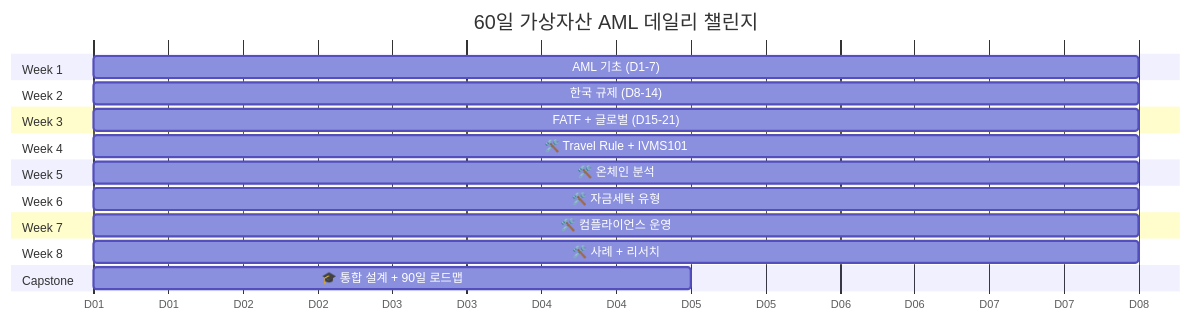
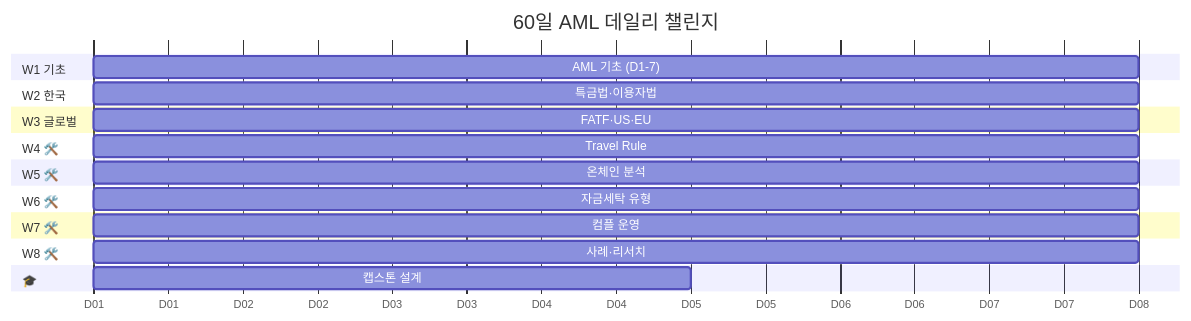
Before and after one commit to lala-david/aml-notes: the second of 2 diagrams in README.md, drawn with Mermaid. The commit also changed other lines of this file, not shown here.

````diff
--- a/README.md
+++ b/README.md
@@ -117,25 +60,25 @@
 ```mermaid
 gantt
-    title 60일 가상자산 AML 데일리 챌린지
+    title 60일 AML 데일리 챌린지
     dateFormat X
     axisFormat D%d
 
-    section Week 1
-    AML 기초 (D1-7)              :w1, 0, 7d
-    section Week 2
-    한국 규제 (D8-14)             :w2, 7, 7d
-    section Week 3
-    FATF + 글로벌 (D15-21)       :w3, 14, 7d
-    section Week 4
-    🛠️ Travel Rule + IVMS101    :w4, 21, 7d
-    section Week 5
-    🛠️ 온체인 분석              :w5, 28, 7d
-    section Week 6
-    🛠️ 자금세탁 유형            :w6, 35, 7d
-    section Week 7
-    🛠️ 컴플라이언스 운영         :w7, 42, 7d
-    section Week 8
-    🛠️ 사례 + 리서치            :w8, 49, 7d
-    section Capstone
-    🎓 통합 설계 + 90일 로드맵   :cap, 56, 4d
+    section W1 기초
+    AML 기초 (D1-7)    :w1, 0, 7d
+    section W2 한국
+    특금법·이용자법    :w2, 7, 7d
+    section W3 글로벌
+    FATF·US·EU         :w3, 14, 7d
+    section W4 🛠️
+    Travel Rule        :w4, 21, 7d
+    section W5 🛠️
+    온체인 분석        :w5, 28, 7d
+    section W6 🛠️
+    자금세탁 유형      :w6, 35, 7d
+    section W7 🛠️
+    컴플 운영          :w7, 42, 7d
+    section W8 🛠️
+    사례·리서치        :w8, 49, 7d
+    section 🎓
+    캡스톤 설계        :cap, 56, 4d
 ```
````
